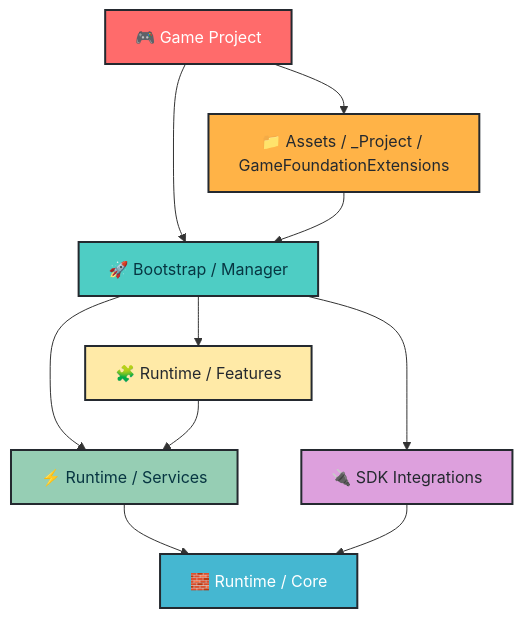
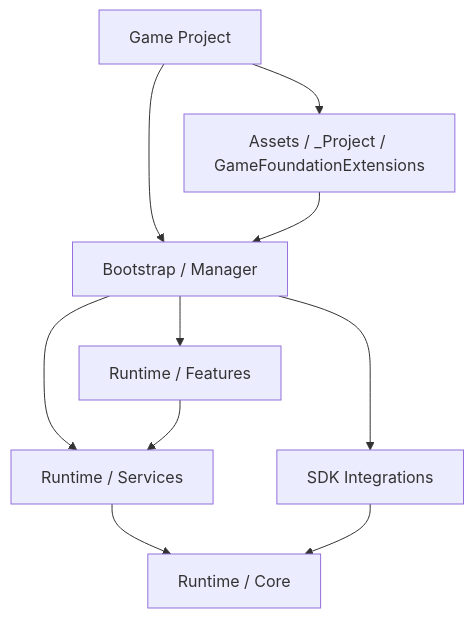
Before and after one commit to PocketPlay-Interactive/_GameFoundation: the diagram in README.md, drawn with Mermaid. The commit also changed other lines of this file and 4 other files, not shown here.

````diff
--- a/README.md
+++ b/README.md
@@ -88,20 +81,12 @@
 ```mermaid
 flowchart TD
-    Project[🎮 Game Project] --> Bootstrap[🚀 Bootstrap / Manager]
-    Bootstrap --> Features[🧩 Runtime / Features]
-    Bootstrap --> Services[⚡ Runtime / Services]
-    Bootstrap --> Integrations[🔌 SDK Integrations]
+    Project[Game Project] --> Bootstrap[Bootstrap / Manager]
+    Bootstrap --> Features[Runtime / Features]
+    Bootstrap --> Services[Runtime / Services]
+    Bootstrap --> Integrations[SDK Integrations]
     Features --> Services
-    Services --> Core[🧱 Runtime / Core]
+    Services --> Core[Runtime / Core]
     Integrations --> Core
-    Project --> ProjectExt[📁 Assets / _Project / GameFoundationExtensions]
+    Project --> ProjectExt[Assets / _Project / GameFoundationExtensions]
     ProjectExt --> Bootstrap
-
-    style Project fill:#FF6B6B,stroke:#24292f,stroke-width:2px,color:#fff
-    style Bootstrap fill:#4ECDC4,stroke:#24292f,stroke-width:2px,color:#073642
-    style Core fill:#45B7D1,stroke:#24292f,stroke-width:2px,color:#fff
-    style Services fill:#96CEB4,stroke:#24292f,stroke-width:2px,color:#073642
-    style Features fill:#FFEAA7,stroke:#24292f,stroke-width:2px,color:#24292f
-    style Integrations fill:#DDA0DD,stroke:#24292f,stroke-width:2px,color:#24292f
-    style ProjectExt fill:#FFB347,stroke:#24292f,stroke-width:2px,color:#24292f
 ```
````
